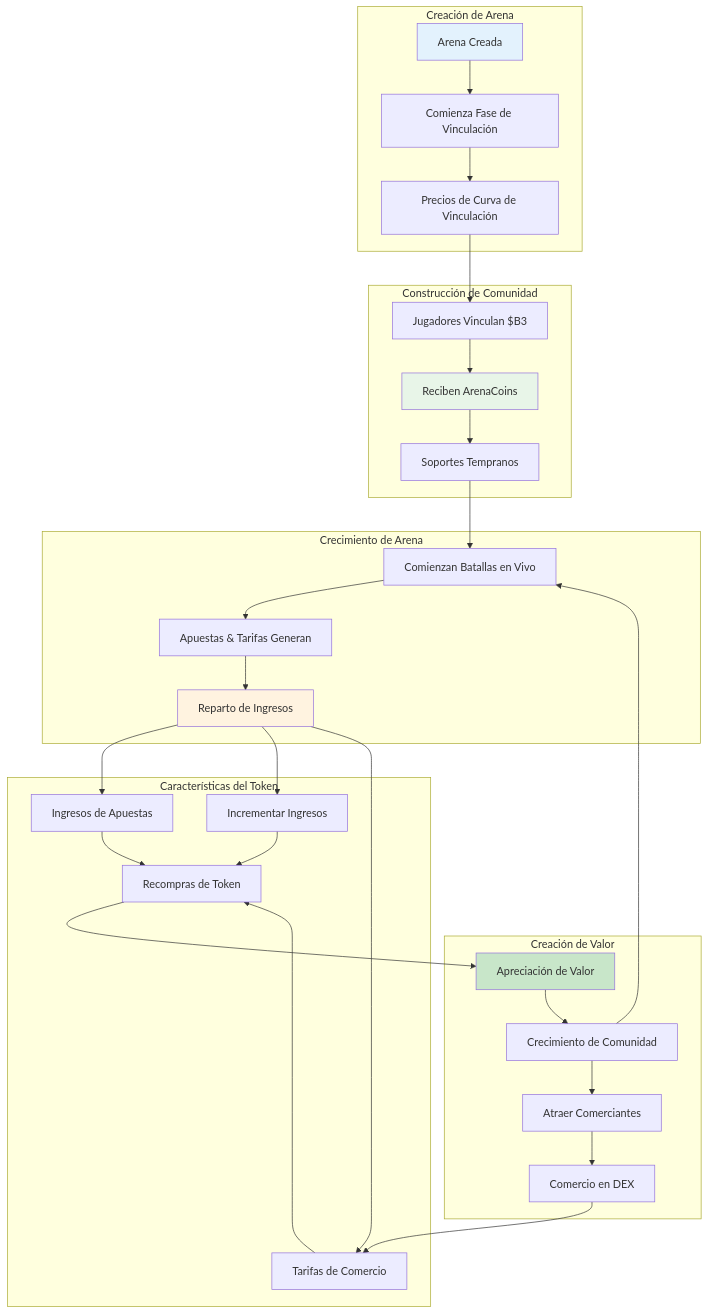
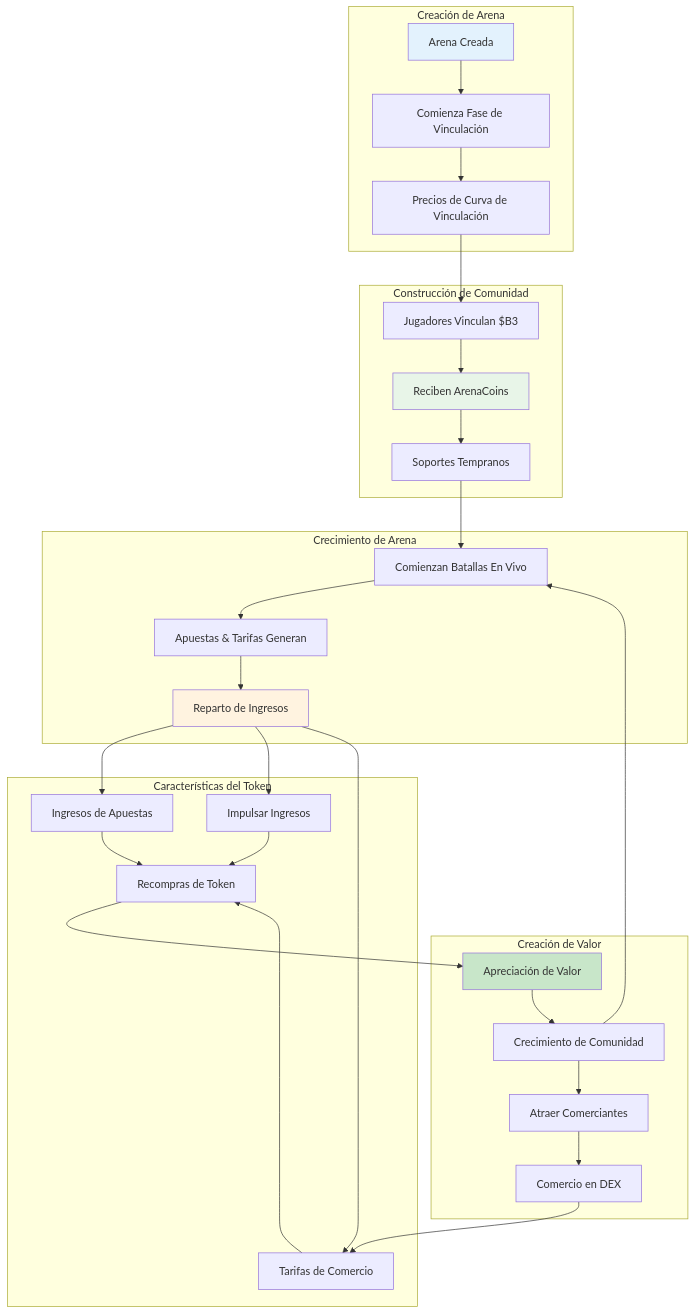
Before and after one commit to b3-fun/b3: the first of 2 diagrams in docs/es/hypeduel/arenacoins.mdx, drawn with Mermaid. The commit also changed other lines of this file and 113 other files, not shown here.

````diff
--- a/docs/es/hypeduel/arenacoins.mdx
+++ b/docs/es/hypeduel/arenacoins.mdx
@@ -13,43 +15,43 @@
 ```mermaid
 graph TD
     subgraph "Creación de Arena"
         AC[Arena Creada] --> BP[Comienza Fase de Vinculación]
         BP --> BC[Precios de Curva de Vinculación]
     end
 
     subgraph "Construcción de Comunidad"
         BC --> PB[Jugadores Vinculan $B3]
         PB --> RA[Reciben ArenaCoins]
         RA --> ES[Soportes Tempranos]
     end
 
     subgraph "Crecimiento de Arena"
-        ES --> LB[Comienzan Batallas en Vivo]
+        ES --> LB[Comienzan Batallas En Vivo]
         LB --> BF[Apuestas & Tarifas Generan]
         BF --> RS[Reparto de Ingresos]
     end
 
     subgraph "Características del Token"
         RS --> RV[Ingresos de Apuestas]
-        RS --> BR[Incrementar Ingresos]
+        RS --> BR[Impulsar Ingresos]
         RS --> TF[Tarifas de Comercio]
         RV --> TB[Recompras de Token]
         BR --> TB
         TF --> TB
     end
 
     subgraph "Creación de Valor"
         TB --> VA[Apreciación de Valor]
         VA --> CG[Crecimiento de Comunidad]
         CG --> AT[Atraer Comerciantes]
         AT --> DX[Comercio en DEX]
     end
 
     DX --> TF
     CG --> LB
 
     style AC fill:#e3f2fd
     style RA fill:#e8f5e8
     style RS fill:#fff3e0
     style VA fill:#c8e6c9
 ```
````
